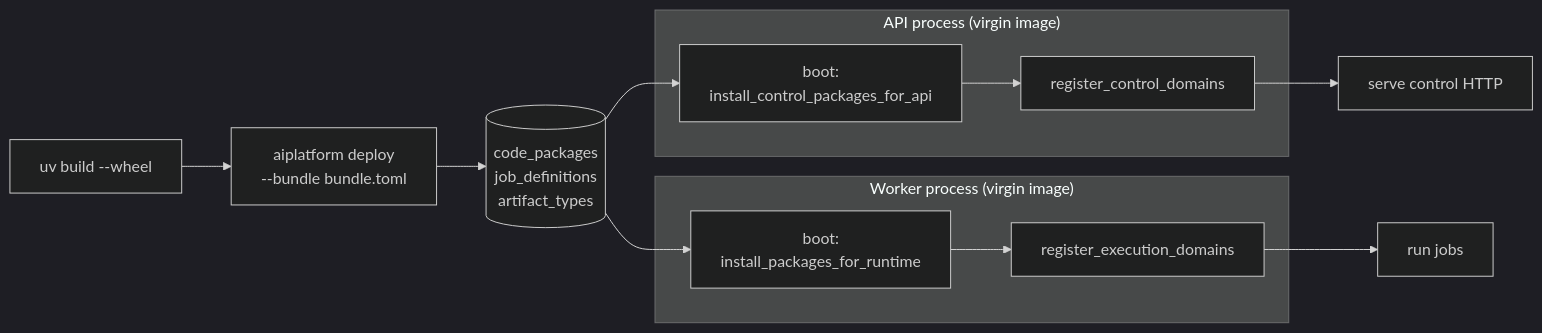
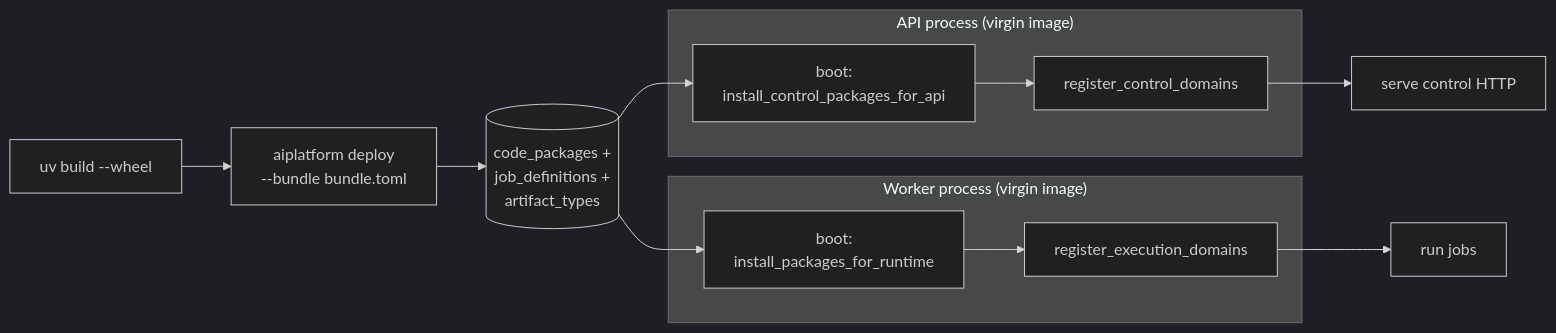
The sixth of 6 diagrams in docs/architecture.md (sepoul/ai-platform), drawn with Mermaid (dark theme) before and after one commit. The commit also changed other lines of this file, not shown here.

First line of the commit message:
docs(architecture): fix mermaid diagrams not rendering on GitHub

````diff
--- a/docs/architecture.md
+++ b/docs/architecture.md
@@ -312,22 +314,22 @@
 ```mermaid
 graph LR
-    Build[uv build --wheel] --> Deploy[aiplatform deploy<br/>--bundle bundle.toml]
-    Deploy --> Cat[(code_packages<br/>job_definitions<br/>artifact_types)]
+    Build["uv build --wheel"] --> Deploy["aiplatform deploy<br/>--bundle bundle.toml"]
+    Deploy --> Cat[("code_packages +<br/>job_definitions +<br/>artifact_types")]
 
     subgraph api_proc["API process (virgin image)"]
-        ApiBoot[boot:<br/>install_control_packages_for_api]
-        ApiReg[register_control_domains]
+        ApiBoot["boot:<br/>install_control_packages_for_api"]
+        ApiReg["register_control_domains"]
         ApiBoot --> ApiReg
     end
 
     subgraph worker_proc["Worker process (virgin image)"]
-        WorkerBoot[boot:<br/>install_packages_for_runtime]
-        WorkerReg[register_execution_domains]
+        WorkerBoot["boot:<br/>install_packages_for_runtime"]
+        WorkerReg["register_execution_domains"]
         WorkerBoot --> WorkerReg
     end
 
     Cat --> ApiBoot
     Cat --> WorkerBoot
-    ApiReg --> Serve[serve control HTTP]
-    WorkerReg --> Run[run jobs]
+    ApiReg --> Serve["serve control HTTP"]
+    WorkerReg --> Run["run jobs"]
 ```
````
